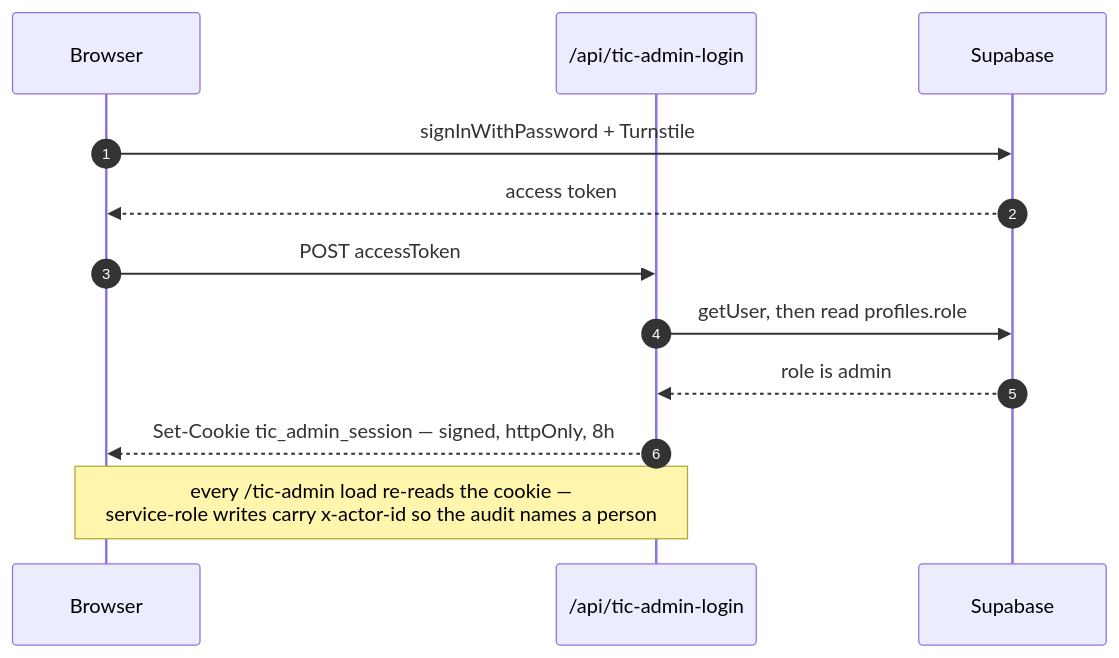
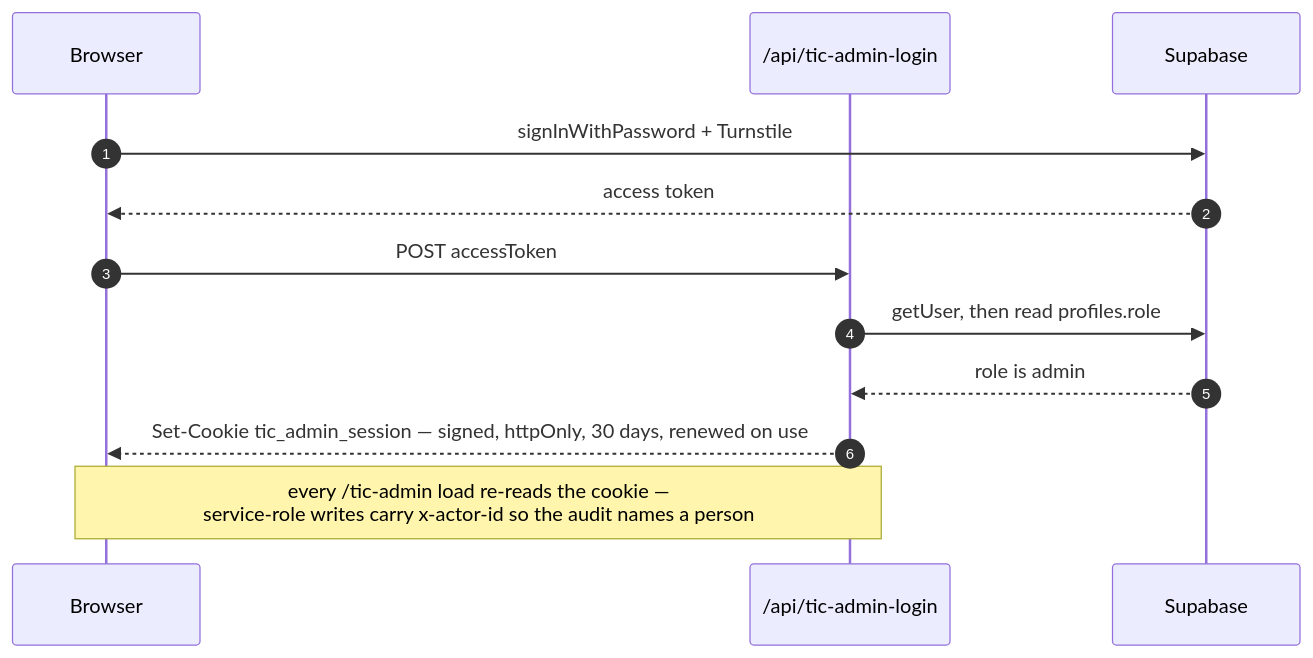
Before and after one commit to Machahary07/frontend-iitgtic: the third of 4 diagrams in README.md, drawn with Mermaid. The commit also changed other lines of this file and 62 other files, not shown here.

````diff
--- a/README.md
+++ b/README.md
@@ -504,15 +525,15 @@
 ```mermaid
 sequenceDiagram
     autonumber
     participant B as Browser
     participant L as /api/tic-admin-login
     participant SB as Supabase
 
     B->>SB: signInWithPassword + Turnstile
     SB-->>B: access token
     B->>L: POST accessToken
     L->>SB: getUser, then read profiles.role
     SB-->>L: role is admin
-    L-->>B: Set-Cookie tic_admin_session — signed, httpOnly, 8h
+    L-->>B: Set-Cookie tic_admin_session — signed, httpOnly, 30 days, renewed on use
     Note over B,L: every /tic-admin load re-reads the cookie —<br/>service-role writes carry x-actor-id so the audit names a person
 ```
````
